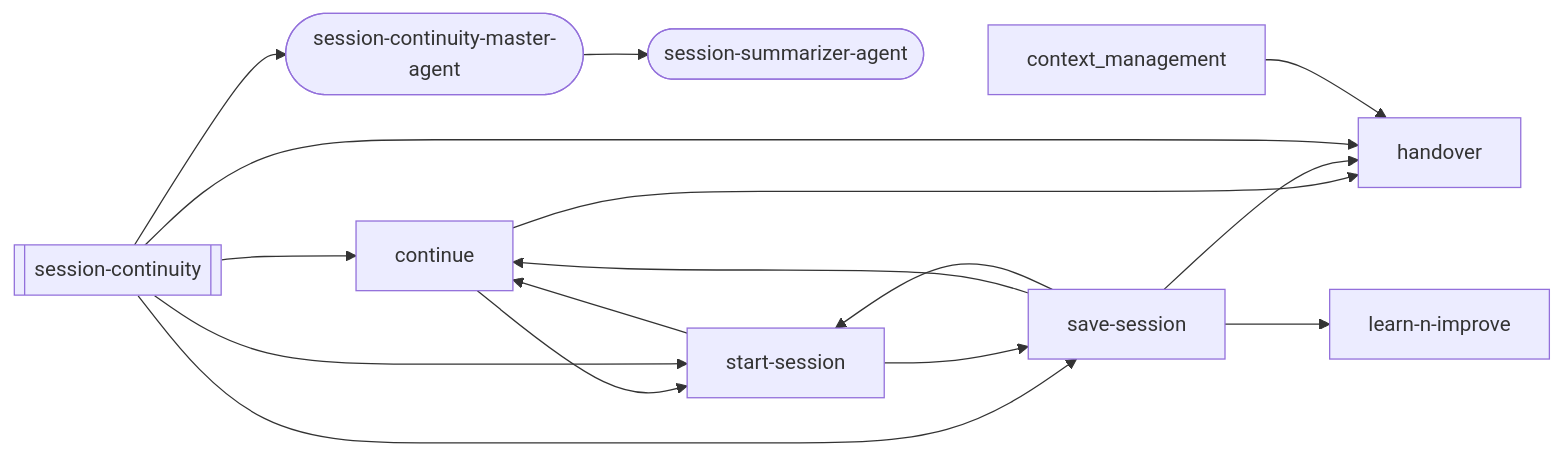
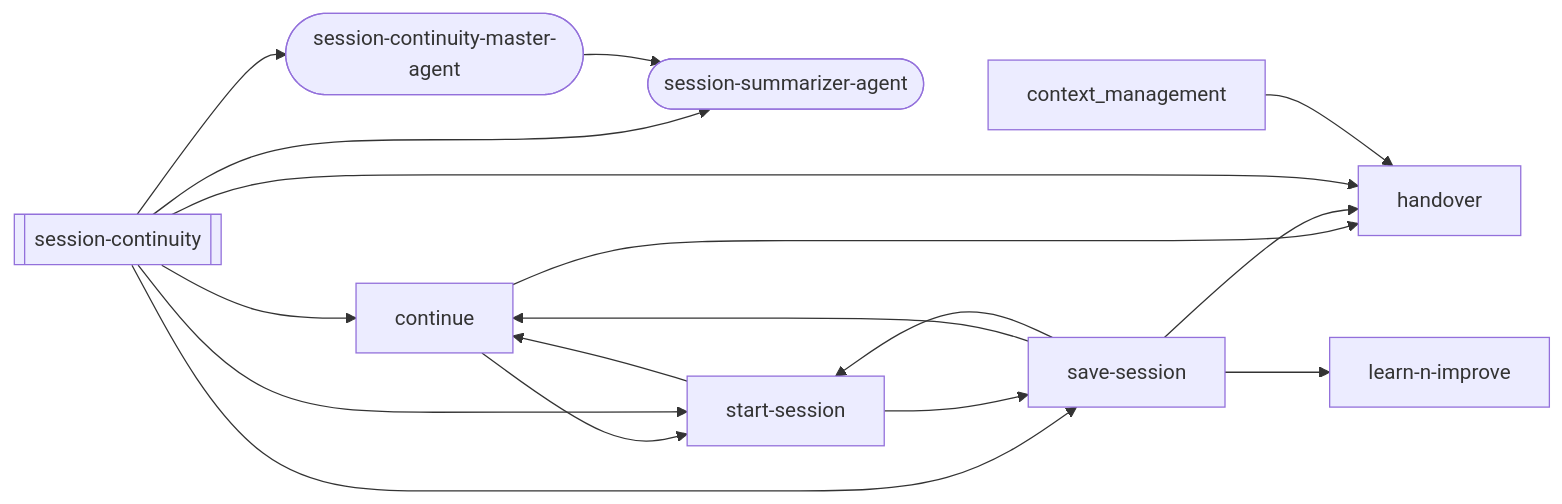
One commit to abhayla/claude-best-practices changed the fourth of 11 diagrams in docs/workflows/session-continuity.md. Above: the diagram before and after it, drawn with Mermaid. The commit also changed other lines of this file and 12 other files, not shown here.

````diff
--- a/docs/workflows/session-continuity.md
+++ b/docs/workflows/session-continuity.md
@@ -266,26 +302,27 @@
 ```mermaid
 graph LR
     session_continuity[["session-continuity"]]
     continue["continue"]
     handover["handover"]
     learn_n_improve["learn-n-improve"]
     save_session["save-session"]
     session_continuity_master_agent(["session-continuity-master-agent"])
     session_summarizer_agent(["session-summarizer-agent"])
     start_session["start-session"]
     continue --> handover
     continue --> start_session
     save_session --> continue
     save_session --> handover
     save_session --> learn_n_improve
     save_session --> start_session
     session_continuity --> continue
     session_continuity --> handover
     session_continuity --> save_session
     session_continuity --> start_session
     session_continuity --> session_continuity_master_agent
+    session_continuity --> session_summarizer_agent
     start_session --> continue
     start_session --> save_session
     session_continuity_master_agent --> session_summarizer_agent
     context_management --> handover
 ```
````
